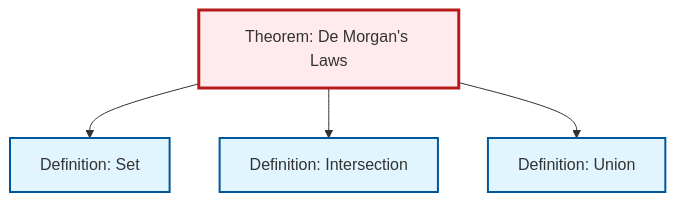
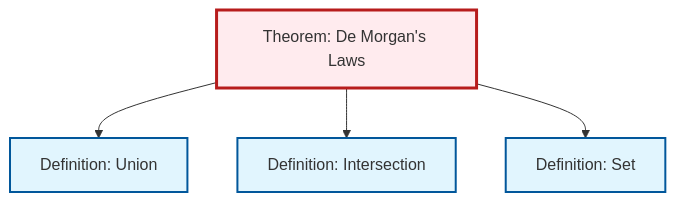
The diagram in content/ja/logic-set-theory/thm-de-morgan.qmd (RK0429/ModernMath), drawn with Mermaid before and after one commit. The commit also changed other lines of this file and 491 other files, not shown here.

````diff
--- a/content/ja/logic-set-theory/thm-de-morgan.qmd
+++ b/content/ja/logic-set-theory/thm-de-morgan.qmd
@@ -79,20 +79,20 @@
 ```{mermaid}
 %%| fig-cap: "Local dependency graph"
 graph TD
     classDef definition fill:#e1f5fe,stroke:#01579b,stroke-width:2px
     classDef theorem fill:#f3e5f5,stroke:#4a148c,stroke-width:2px
     classDef axiom fill:#fff3e0,stroke:#e65100,stroke-width:2px
     classDef example fill:#e8f5e9,stroke:#1b5e20,stroke-width:2px
     classDef current fill:#ffebee,stroke:#b71c1c,stroke-width:3px
     def-intersection["Definition: Intersection"]:::definition
+    thm-de-morgan["Theorem: De Morgan's Laws"]:::theorem
     def-set["Definition: Set"]:::definition
-    thm-de-morgan["Theorem: De Morgan's Laws"]:::theorem
     def-union["Definition: Union"]:::definition
+    thm-de-morgan --> def-union
+    thm-de-morgan --> def-intersection
     thm-de-morgan --> def-set
-    thm-de-morgan --> def-intersection
-    thm-de-morgan --> def-union
     class thm-de-morgan current
     click def-intersection "def-intersection.html" "Definition: Intersectionへ"
     click def-set "def-set.html" "Definition: Setへ"
     click def-union "def-union.html" "Definition: Unionへ"
 ```
````
